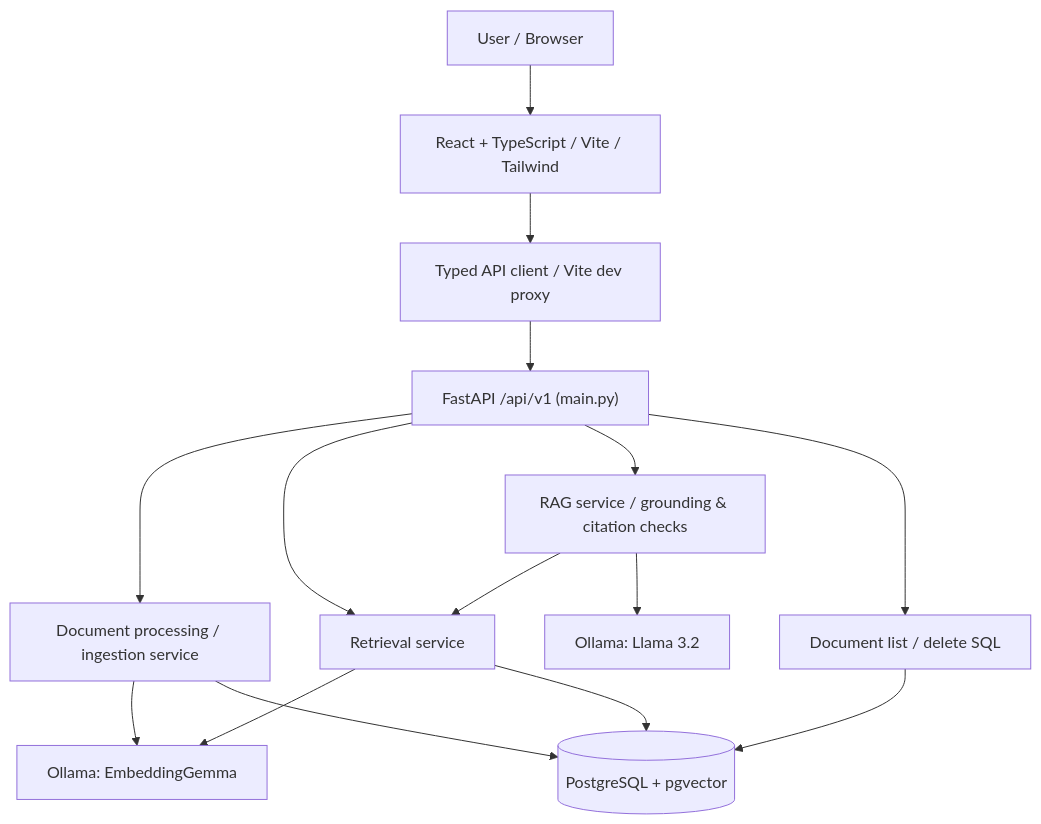
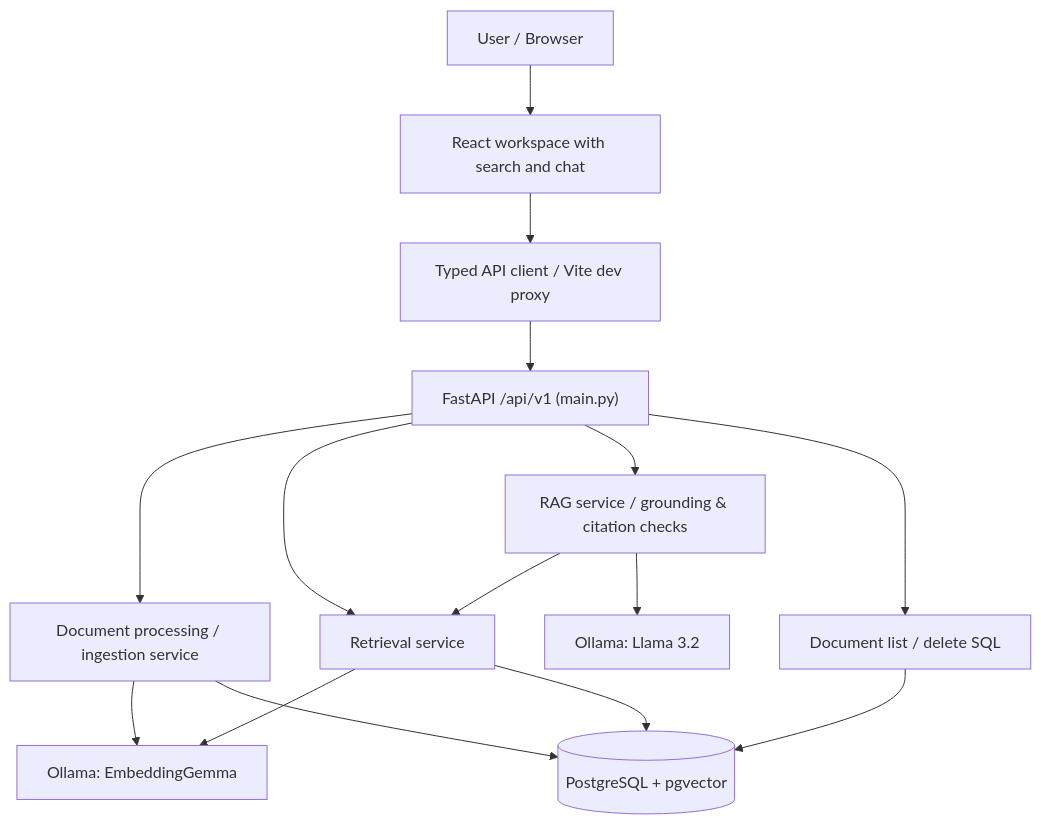
One commit to hidayatarg/enterprise-rag changed the first of 9 diagrams in readme.md. Above: the diagram before and after it, drawn with Mermaid. The commit also changed other lines of this file, not shown here.

````diff
--- a/readme.md
+++ b/readme.md
@@ -55,17 +55,17 @@
 ```mermaid
 flowchart TB
-    User["User / Browser"] --> UI["React + TypeScript / Vite / Tailwind"]
+    User["User / Browser"] --> UI["React workspace with search and chat"]
     UI --> Client["Typed API client / Vite dev proxy"]
     Client --> API["FastAPI /api/v1 (main.py)"]
     API --> DOC["Document processing / ingestion service"]
     API --> RET["Retrieval service"]
     API --> RAG["RAG service / grounding & citation checks"]
     API --> MGMT["Document list / delete SQL"]
     DOC --> EMB["Ollama: EmbeddingGemma"]
     RET --> EMB
     RAG --> RET
     RAG --> LLM["Ollama: Llama 3.2"]
     DOC --> DB[("PostgreSQL + pgvector")]
     RET --> DB
     MGMT --> DB
 ```
````
